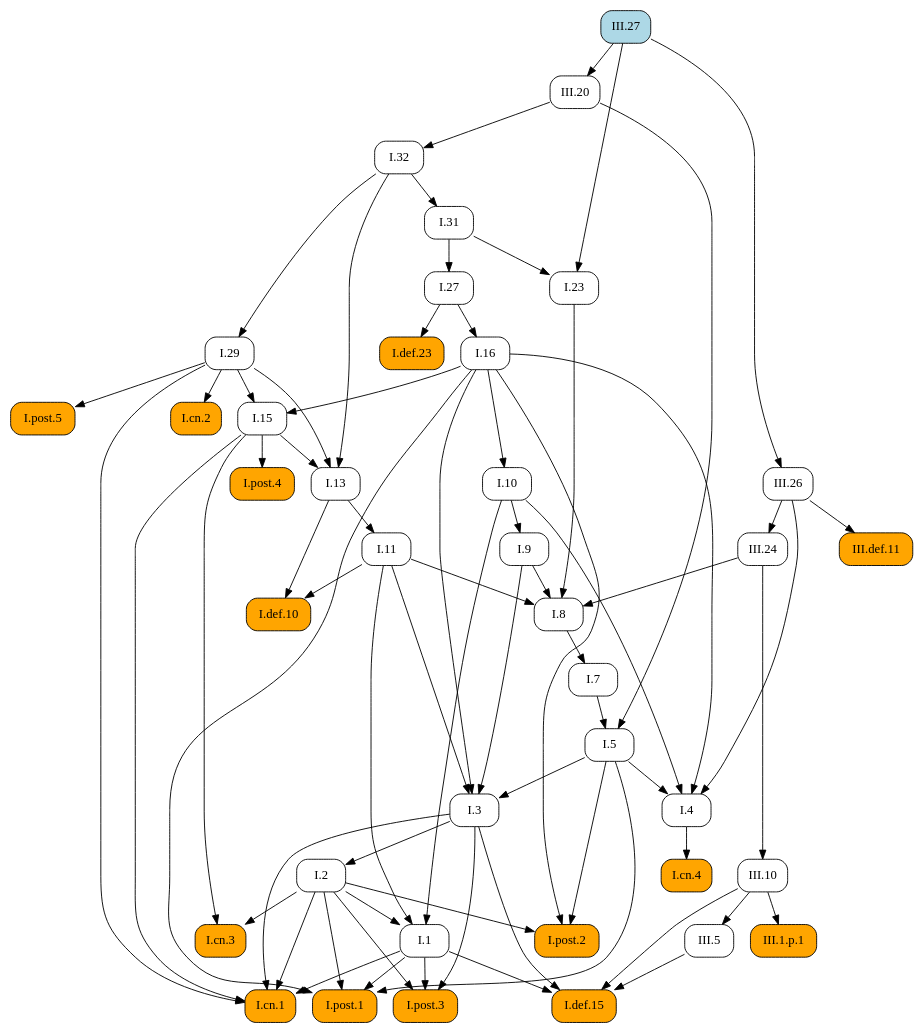
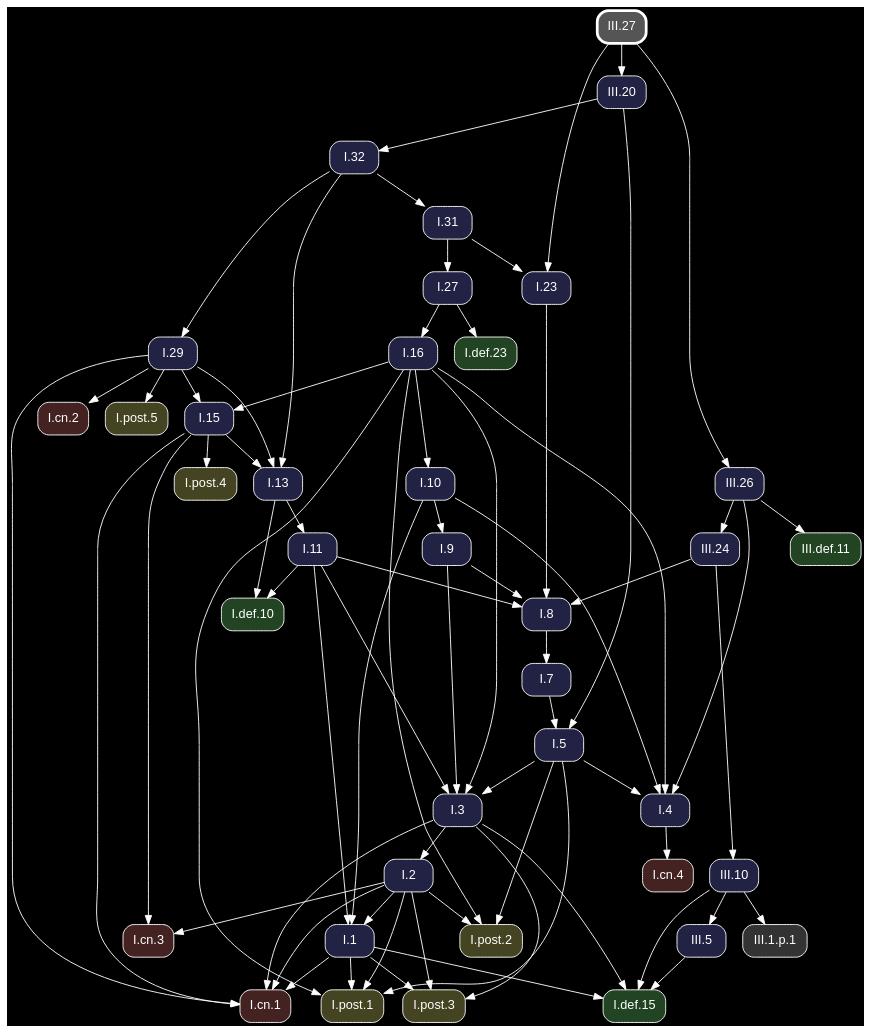
Before and after one commit to geometor/elements: the diagram in docsrc/heath/III/27/index.rst, drawn with Graphviz. The commit also changed other lines of this file and 1200 other files, not shown here.

Commit message:
update dependency graphs

```diff
--- a/docsrc/heath/III/27/index.rst
+++ b/docsrc/heath/III/27/index.rst
@@ -71,113 +71,115 @@
 .. graphviz::
 
    digraph {
+     bgcolor="black";
+     node [shape=box, style="rounded,filled", fontname="Helvetica", color="white", fontcolor="white"];
+     edge [color="white", fontcolor="white"];
      rankdir="TB";
-     node [shape=box, style=rounded];
-     "I.23" [URL="/heath/I/23/", target="_top"];
-     "I.9" [URL="/heath/I/9/", target="_top"];
-     "I.32" [URL="/heath/I/32/", target="_top"];
-     "III.24" [URL="/heath/III/24/", target="_top"];
-     "I.def.15" [style="rounded,filled", fillcolor=orange, URL="/heath/I/def.15/", target="_top"];
-     "III.def.11" [style="rounded,filled", fillcolor=orange, URL="/heath/III/def.11/", target="_top"];
-     "I.post.1" [style="rounded,filled", fillcolor=orange, URL="/heath/I/post.1/", target="_top"];
-     "I.post.3" [style="rounded,filled", fillcolor=orange, URL="/heath/I/post.3/", target="_top"];
-     "III.20" [URL="/heath/III/20/", target="_top"];
-     "III.10" [URL="/heath/III/10/", target="_top"];
-     "I.31" [URL="/heath/I/31/", target="_top"];
-     "I.def.10" [style="rounded,filled", fillcolor=orange, URL="/heath/I/def.10/", target="_top"];
-     "I.27" [URL="/heath/I/27/", target="_top"];
-     "I.3" [URL="/heath/I/3/", target="_top"];
-     "III.5" [URL="/heath/III/5/", target="_top"];
-     "I.cn.1" [style="rounded,filled", fillcolor=orange, URL="/heath/I/cn.1/", target="_top"];
-     "I.7" [URL="/heath/I/7/", target="_top"];
-     "I.2" [URL="/heath/I/2/", target="_top"];
-     "III.26" [URL="/heath/III/26/", target="_top"];
-     "III.27" [style="rounded,filled", fillcolor=lightblue, URL="/heath/III/27/", target="_top"];
-     "I.13" [URL="/heath/I/13/", target="_top"];
-     "I.post.4" [style="rounded,filled", fillcolor=orange, URL="/heath/I/post.4/", target="_top"];
-     "I.4" [URL="/heath/I/4/", target="_top"];
-     "I.1" [URL="/heath/I/1/", target="_top"];
-     "I.5" [URL="/heath/I/5/", target="_top"];
-     "I.8" [URL="/heath/I/8/", target="_top"];
-     "I.29" [URL="/heath/I/29/", target="_top"];
-     "I.cn.3" [style="rounded,filled", fillcolor=orange, URL="/heath/I/cn.3/", target="_top"];
-     "I.16" [URL="/heath/I/16/", target="_top"];
-     "I.15" [URL="/heath/I/15/", target="_top"];
-     "I.10" [URL="/heath/I/10/", target="_top"];
-     "I.11" [URL="/heath/I/11/", target="_top"];
-     "III.1.p.1" [style="rounded,filled", fillcolor=orange];
-     "I.def.23" [style="rounded,filled", fillcolor=orange, URL="/heath/I/def.23/", target="_top"];
-     "I.cn.2" [style="rounded,filled", fillcolor=orange, URL="/heath/I/cn.2/", target="_top"];
-     "I.post.5" [style="rounded,filled", fillcolor=orange, URL="/heath/I/post.5/", target="_top"];
-     "I.cn.4" [style="rounded,filled", fillcolor=orange, URL="/heath/I/cn.4/", target="_top"];
-     "I.post.2" [style="rounded,filled", fillcolor=orange, URL="/heath/I/post.2/", target="_top"];
+     "I.31" [fillcolor="#222244", URL="/heath/I/31/", target="_top"];
+     "I.32" [fillcolor="#222244", URL="/heath/I/32/", target="_top"];
+     "I.3" [fillcolor="#222244", URL="/heath/I/3/", target="_top"];
+     "I.cn.1" [fillcolor="#442222", URL="/heath/I/cn.1/", target="_top"];
+     "I.def.10" [fillcolor="#224422", URL="/heath/I/def.10/", target="_top"];
+     "I.15" [fillcolor="#222244", URL="/heath/I/15/", target="_top"];
+     "I.13" [fillcolor="#222244", URL="/heath/I/13/", target="_top"];
+     "I.27" [fillcolor="#222244", URL="/heath/I/27/", target="_top"];
+     "I.2" [fillcolor="#222244", URL="/heath/I/2/", target="_top"];
+     "I.cn.2" [fillcolor="#442222", URL="/heath/I/cn.2/", target="_top"];
+     "I.9" [fillcolor="#222244", URL="/heath/I/9/", target="_top"];
+     "I.1" [fillcolor="#222244", URL="/heath/I/1/", target="_top"];
+     "I.post.5" [fillcolor="#444422", URL="/heath/I/post.5/", target="_top"];
+     "I.post.4" [fillcolor="#444422", URL="/heath/I/post.4/", target="_top"];
+     "I.23" [fillcolor="#222244", URL="/heath/I/23/", target="_top"];
+     "I.8" [fillcolor="#222244", URL="/heath/I/8/", target="_top"];
+     "I.4" [fillcolor="#222244", URL="/heath/I/4/", target="_top"];
+     "III.24" [fillcolor="#222244", URL="/heath/III/24/", target="_top"];
+     "III.27" [penwidth=3, color="white", fillcolor="#555555", URL="/heath/III/27/", target="_top"];
+     "III.1.p.1" [fillcolor="#333333"];
+     "I.7" [fillcolor="#222244", URL="/heath/I/7/", target="_top"];
+     "I.5" [fillcolor="#222244", URL="/heath/I/5/", target="_top"];
+     "III.26" [fillcolor="#222244", URL="/heath/III/26/", target="_top"];
+     "I.10" [fillcolor="#222244", URL="/heath/I/10/", target="_top"];
+     "III.10" [fillcolor="#222244", URL="/heath/III/10/", target="_top"];
+     "I.post.1" [fillcolor="#444422", URL="/heath/I/post.1/", target="_top"];
+     "I.11" [fillcolor="#222244", URL="/heath/I/11/", target="_top"];
+     "I.16" [fillcolor="#222244", URL="/heath/I/16/", target="_top"];
+     "I.cn.3" [fillcolor="#442222", URL="/heath/I/cn.3/", target="_top"];
+     "I.post.2" [fillcolor="#444422", URL="/heath/I/post.2/", target="_top"];
+     "I.29" [fillcolor="#222244", URL="/heath/I/29/", target="_top"];
+     "I.cn.4" [fillcolor="#442222", URL="/heath/I/cn.4/", target="_top"];
+     "I.def.23" [fillcolor="#224422", URL="/heath/I/def.23/", target="_top"];
+     "I.post.3" [fillcolor="#444422", URL="/heath/I/post.3/", target="_top"];
+     "III.20" [fillcolor="#222244", URL="/heath/III/20/", target="_top"];
+     "III.5" [fillcolor="#222244", URL="/heath/III/5/", target="_top"];
+     "I.def.15" [fillcolor="#224422", URL="/heath/I/def.15/", target="_top"];
+     "III.def.11" [fillcolor="#224422", URL="/heath/III/def.11/", target="_top"];
+     "I.32" -> "I.31";
+     "III.20" -> "I.32";
+     "I.5" -> "I.3";
+     "I.9" -> "I.3";
+     "I.11" -> "I.3";
+     "I.16" -> "I.3";
+     "I.1" -> "I.cn.1";
+     "I.2" -> "I.cn.1";
+     "I.3" -> "I.cn.1";
+     "I.15" -> "I.cn.1";
+     "I.29" -> "I.cn.1";
+     "I.11" -> "I.def.10";
+     "I.13" -> "I.def.10";
+     "I.16" -> "I.15";
+     "I.29" -> "I.15";
+     "I.15" -> "I.13";
+     "I.29" -> "I.13";
+     "I.32" -> "I.13";
+     "I.31" -> "I.27";
+     "I.3" -> "I.2";
+     "I.29" -> "I.cn.2";
+     "I.10" -> "I.9";
+     "I.2" -> "I.1";
+     "I.10" -> "I.1";
+     "I.11" -> "I.1";
+     "I.29" -> "I.post.5";
+     "I.15" -> "I.post.4";
      "I.31" -> "I.23";
      "III.27" -> "I.23";
-     "I.10" -> "I.9";
-     "III.20" -> "I.32";
+     "I.9" -> "I.8";
+     "I.11" -> "I.8";
+     "I.23" -> "I.8";
+     "III.24" -> "I.8";
+     "I.5" -> "I.4";
+     "I.10" -> "I.4";
+     "I.16" -> "I.4";
+     "III.26" -> "I.4";
      "III.26" -> "III.24";
+     "III.10" -> "III.1.p.1";
+     "I.8" -> "I.7";
+     "I.7" -> "I.5";
+     "III.20" -> "I.5";
+     "III.27" -> "III.26";
+     "I.16" -> "I.10";
+     "III.24" -> "III.10";
+     "I.1" -> "I.post.1";
+     "I.2" -> "I.post.1";
+     "I.5" -> "I.post.1";
+     "I.16" -> "I.post.1";
+     "I.13" -> "I.11";
+     "I.27" -> "I.16";
+     "I.2" -> "I.cn.3";
+     "I.15" -> "I.cn.3";
+     "I.2" -> "I.post.2";
+     "I.5" -> "I.post.2";
+     "I.16" -> "I.post.2";
+     "I.32" -> "I.29";
+     "I.4" -> "I.cn.4";
+     "I.27" -> "I.def.23";
+     "I.1" -> "I.post.3";
+     "I.2" -> "I.post.3";
+     "I.3" -> "I.post.3";
+     "III.27" -> "III.20";
+     "III.10" -> "III.5";
      "I.1" -> "I.def.15";
      "I.3" -> "I.def.15";
      "III.5" -> "I.def.15";
      "III.10" -> "I.def.15";
      "III.26" -> "III.def.11";
-     "I.1" -> "I.post.1";
-     "I.2" -> "I.post.1";
-     "I.5" -> "I.post.1";
-     "I.16" -> "I.post.1";
-     "I.1" -> "I.post.3";
-     "I.2" -> "I.post.3";
-     "I.3" -> "I.post.3";
-     "III.27" -> "III.20";
-     "III.24" -> "III.10";
-     "I.32" -> "I.31";
-     "I.11" -> "I.def.10";
-     "I.13" -> "I.def.10";
-     "I.31" -> "I.27";
-     "I.5" -> "I.3";
-     "I.9" -> "I.3";
-     "I.11" -> "I.3";
-     "I.16" -> "I.3";
-     "III.10" -> "III.5";
-     "I.1" -> "I.cn.1";
-     "I.2" -> "I.cn.1";
-     "I.3" -> "I.cn.1";
-     "I.15" -> "I.cn.1";
-     "I.29" -> "I.cn.1";
-     "I.8" -> "I.7";
-     "I.3" -> "I.2";
-     "III.27" -> "III.26";
-     "I.15" -> "I.13";
-     "I.29" -> "I.13";
-     "I.32" -> "I.13";
-     "I.15" -> "I.post.4";
-     "I.5" -> "I.4";
-     "I.10" -> "I.4";
-     "I.16" -> "I.4";
-     "III.26" -> "I.4";
-     "I.2" -> "I.1";
-     "I.10" -> "I.1";
-     "I.11" -> "I.1";
-     "I.7" -> "I.5";
-     "III.20" -> "I.5";
-     "I.9" -> "I.8";
-     "I.11" -> "I.8";
-     "I.23" -> "I.8";
-     "III.24" -> "I.8";
-     "I.32" -> "I.29";
-     "I.2" -> "I.cn.3";
-     "I.15" -> "I.cn.3";
-     "I.27" -> "I.16";
-     "I.16" -> "I.15";
-     "I.29" -> "I.15";
-     "I.16" -> "I.10";
-     "I.13" -> "I.11";
-     "III.10" -> "III.1.p.1";
-     "I.27" -> "I.def.23";
-     "I.29" -> "I.cn.2";
-     "I.29" -> "I.post.5";
-     "I.4" -> "I.cn.4";
-     "I.2" -> "I.post.2";
-     "I.5" -> "I.post.2";
-     "I.16" -> "I.post.2";
    }
```
